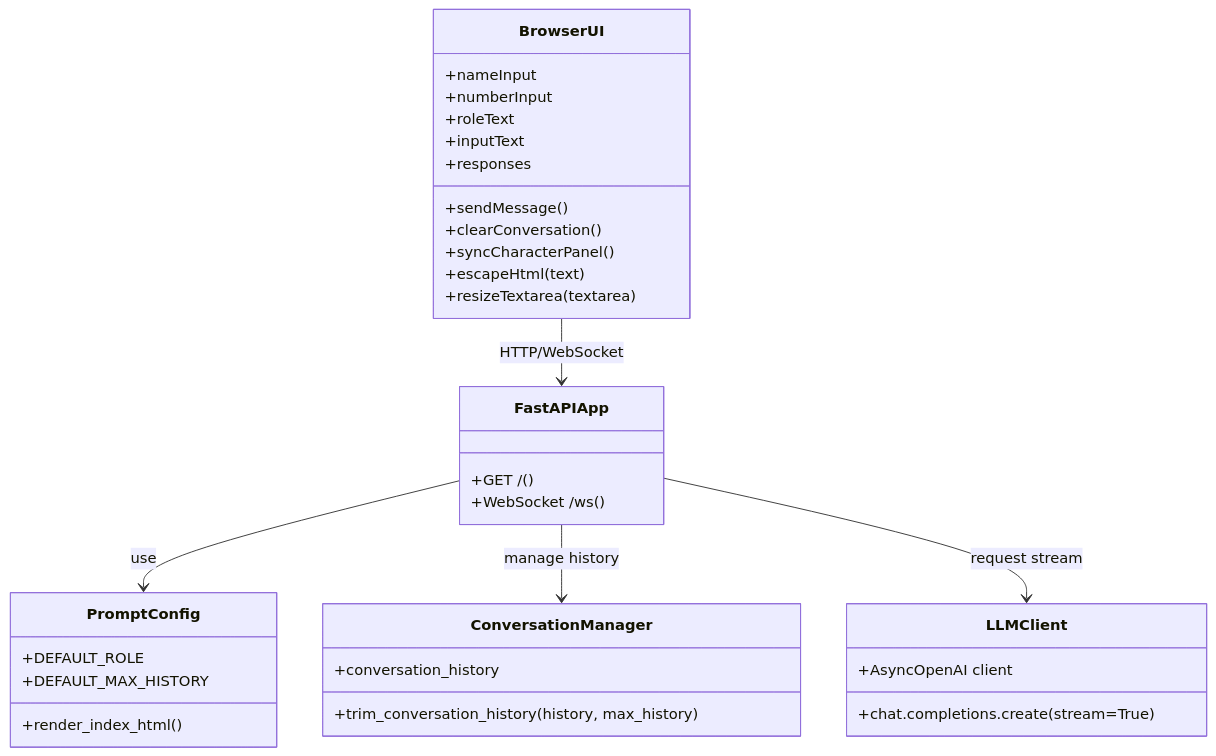
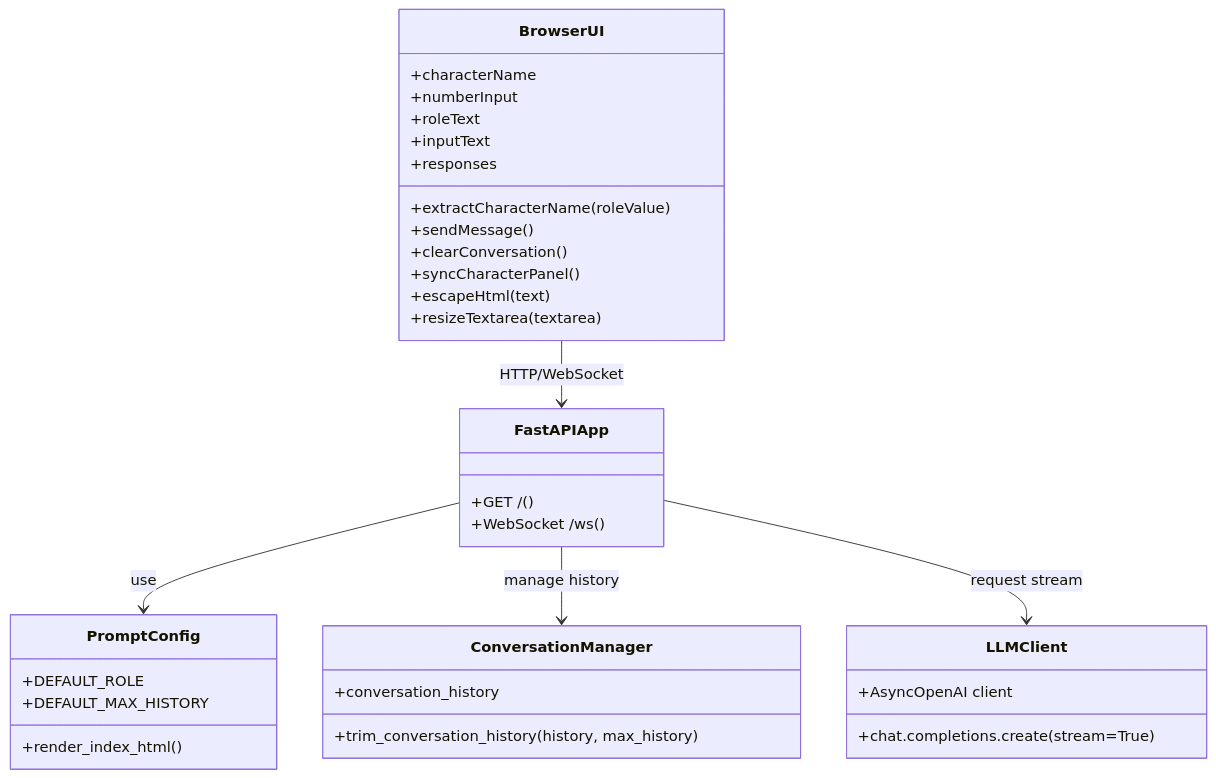
The second of 5 diagrams in day1_5/IMPLEMENTATION.md (animede/AI-character), drawn with Mermaid before and after one commit. The commit also changed other lines of this file and 2 other files, not shown here.

Commit message:
Use role text as character name source

````diff
--- a/day1_5/IMPLEMENTATION.md
+++ b/day1_5/IMPLEMENTATION.md
@@ -282,41 +283,42 @@
 ```mermaid
 classDiagram
     class BrowserUI {
-        +nameInput
+    +characterName
         +numberInput
         +roleText
         +inputText
         +responses
+    +extractCharacterName(roleValue)
         +sendMessage()
         +clearConversation()
         +syncCharacterPanel()
         +escapeHtml(text)
         +resizeTextarea(textarea)
     }
 
     class FastAPIApp {
         +GET /()
         +WebSocket /ws()
     }
 
     class PromptConfig {
         +DEFAULT_ROLE
         +DEFAULT_MAX_HISTORY
         +render_index_html()
     }
 
     class ConversationManager {
         +conversation_history
         +trim_conversation_history(history, max_history)
     }
 
     class LLMClient {
         +AsyncOpenAI client
         +chat.completions.create(stream=True)
     }
 
     BrowserUI --> FastAPIApp : HTTP/WebSocket
     FastAPIApp --> PromptConfig : use
     FastAPIApp --> ConversationManager : manage history
     FastAPIApp --> LLMClient : request stream
 ```
````
